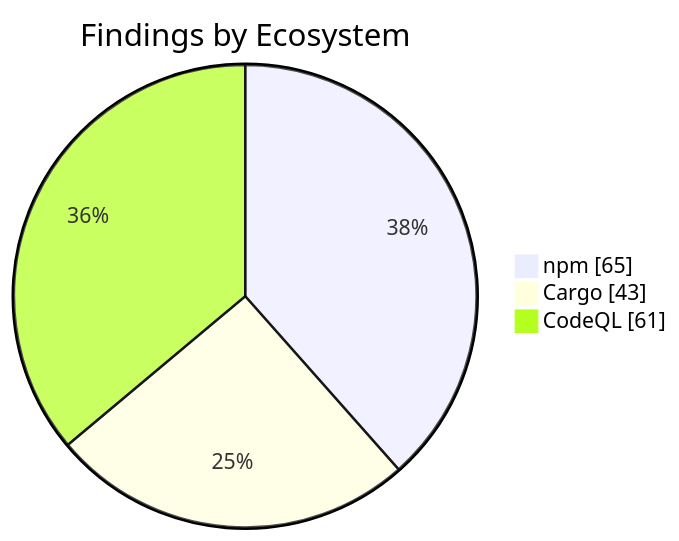
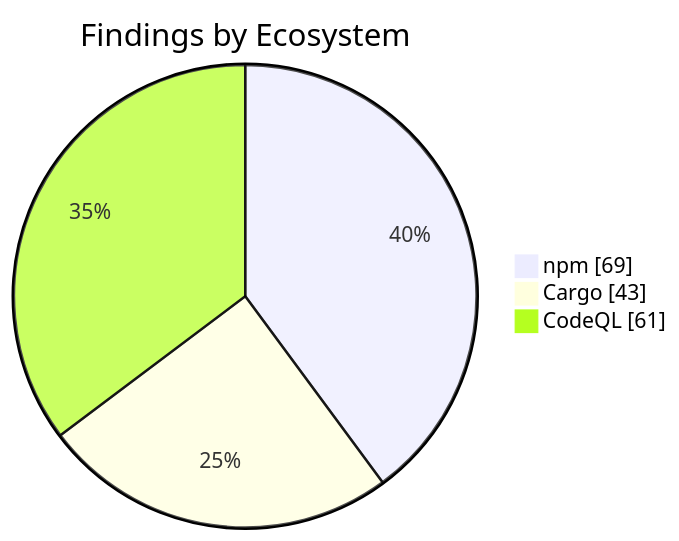
The second of 2 diagrams in apps/kbve/astro-kbve/src/content/docs/dashboard/security.mdx (KBVE/kbve), drawn with Mermaid before and after one commit. The commit also changed other lines of this file and 8 other files, not shown here.

````diff
--- a/apps/kbve/astro-kbve/src/content/docs/dashboard/security.mdx
+++ b/apps/kbve/astro-kbve/src/content/docs/dashboard/security.mdx
@@ -73,7 +73,7 @@
 ```mermaid
 pie showData
     title Findings by Ecosystem
-    "npm" : 65
+    "npm" : 69
     "Cargo" : 43
     "CodeQL" : 61
 ```
````
